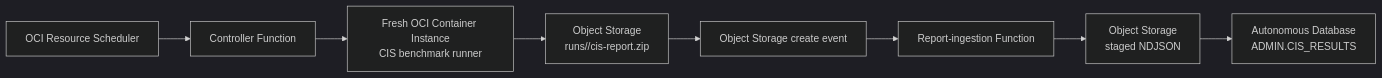
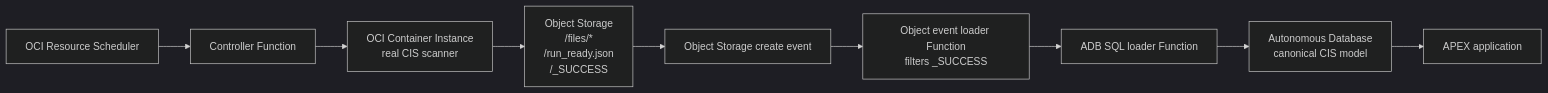
Before and after one commit to yansunca/oci-cis-compliance-automation: the diagram in README.md, drawn with Mermaid (dark theme). The commit also changed other lines of this file and 73 other files, not shown here.

````diff
--- a/README.md
+++ b/README.md
@@ -5,10 +7,17 @@
 ```mermaid
 flowchart LR
   S["OCI Resource Scheduler"] --> C["Controller Function"]
-  C --> CI["Fresh OCI Container Instance\nCIS benchmark runner"]
-  CI --> O["Object Storage\nruns/<run-id>/cis-report.zip"]
+  C --> CI["OCI Container Instance
+real CIS scanner"]
+  CI --> O["Object Storage
+<run_id>/files/*
+<run_id>/run_ready.json
+<run_id>/_SUCCESS"]
   O --> E["Object Storage create event"]
-  E --> I["Report-ingestion Function"]
-  I --> ST["Object Storage\nstaged NDJSON"]
-  ST --> A["Autonomous Database\nADMIN.CIS_RESULTS"]
+  E --> L["Object event loader Function
+filters _SUCCESS"]
+  L --> SQL["ADB SQL loader Function"]
+  SQL --> A["Autonomous Database
+canonical CIS model"]
+  A --> UI["APEX application"]
 ```
````
